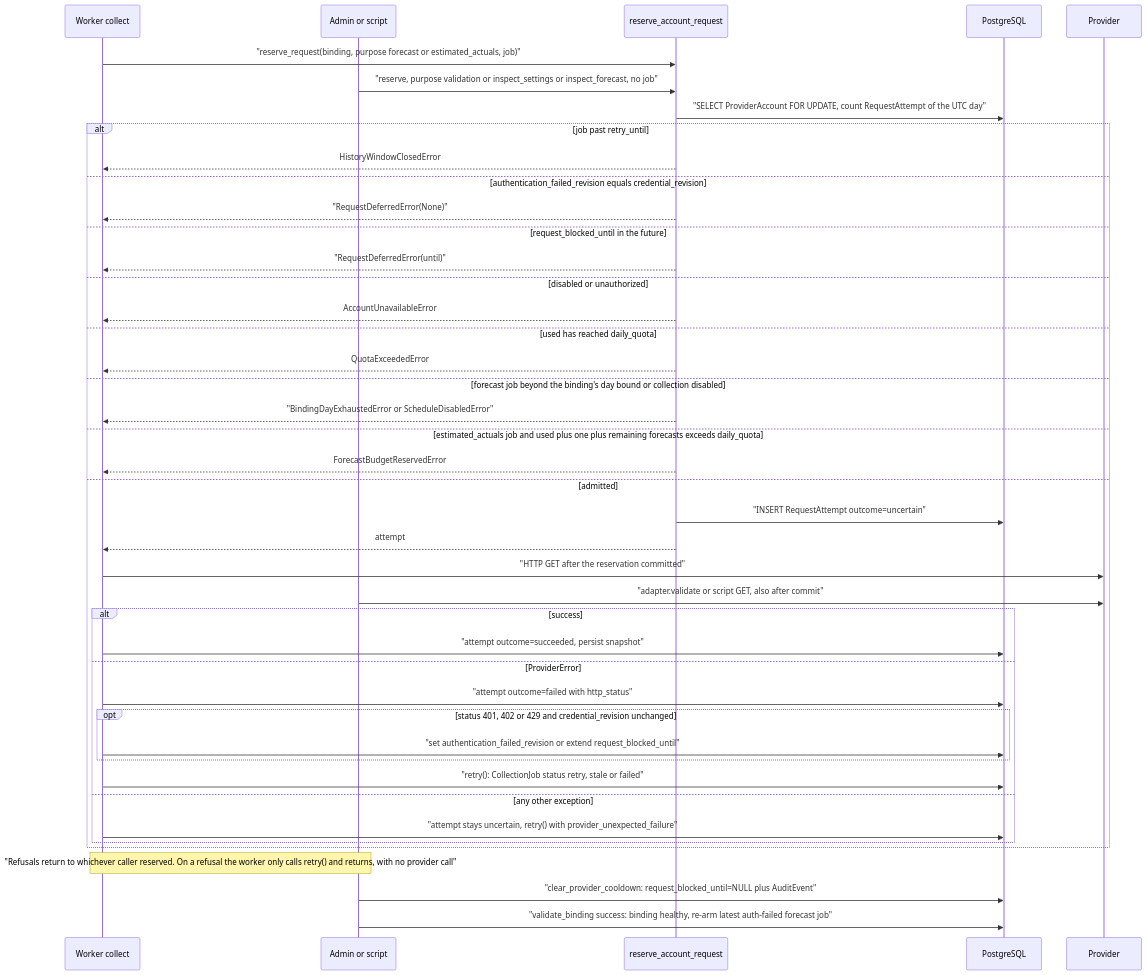
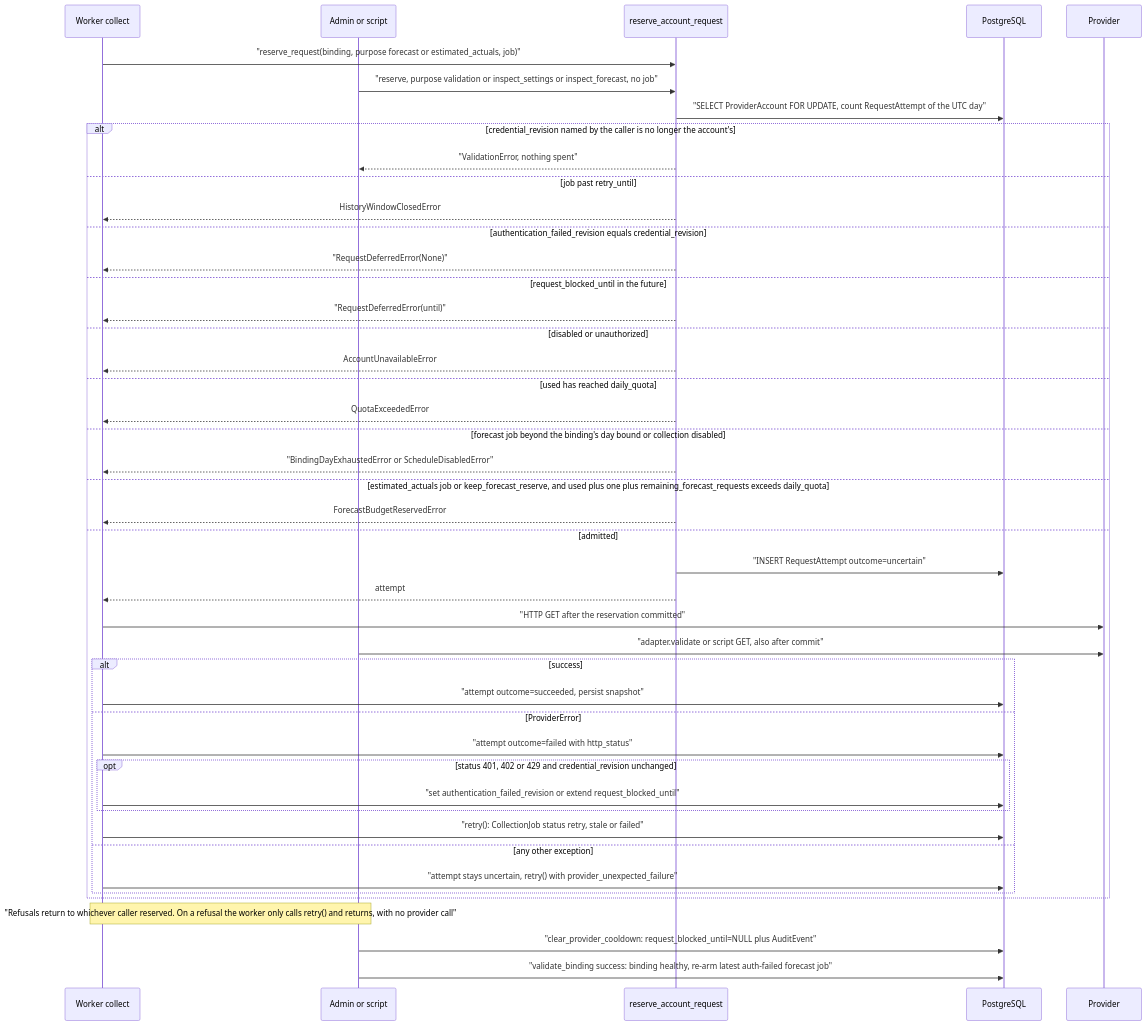
Before and after one commit to erkurtharun/pyracast: the diagram in docs/flows/provider-quota-and-backoff.md, drawn with Mermaid. The commit also changed other lines of this file and 52 other files, not shown here.

First line of the commit message:
Bring the flow pages in line with account erasure, typed plant values, on-demand loading, operations events and provider accounts

````diff
--- a/docs/flows/provider-quota-and-backoff.md
+++ b/docs/flows/provider-quota-and-backoff.md
@@ -17,45 +18,47 @@
 ```mermaid
 sequenceDiagram
     participant W as Worker collect
     participant A as Admin or script
     participant R as reserve_account_request
     participant DB as PostgreSQL
     participant S as Provider
     W->>R: "reserve_request(binding, purpose forecast or estimated_actuals, job)"
     A->>R: "reserve, purpose validation or inspect_settings or inspect_forecast, no job"
     R->>DB: "SELECT ProviderAccount FOR UPDATE, count RequestAttempt of the UTC day"
-    alt job past retry_until
+    alt credential_revision named by the caller is no longer the account's
+        R-->>A: "ValidationError, nothing spent"
+    else job past retry_until
         R-->>W: HistoryWindowClosedError
     else authentication_failed_revision equals credential_revision
         R-->>W: "RequestDeferredError(None)"
     else request_blocked_until in the future
         R-->>W: "RequestDeferredError(until)"
     else disabled or unauthorized
         R-->>W: AccountUnavailableError
     else used has reached daily_quota
         R-->>W: QuotaExceededError
     else forecast job beyond the binding's day bound or collection disabled
         R-->>W: "BindingDayExhaustedError or ScheduleDisabledError"
-    else estimated_actuals job and used plus one plus remaining forecasts exceeds daily_quota
+    else estimated_actuals job or keep_forecast_reserve, and used plus one plus remaining_forecast_requests exceeds daily_quota
         R-->>W: ForecastBudgetReservedError
     else admitted
         R->>DB: "INSERT RequestAttempt outcome=uncertain"
         R-->>W: attempt
         W->>S: "HTTP GET after the reservation committed"
         A->>S: "adapter.validate or script GET, also after commit"
         alt success
             W->>DB: "attempt outcome=succeeded, persist snapshot"
         else ProviderError
             W->>DB: "attempt outcome=failed with http_status"
             opt status 401, 402 or 429 and credential_revision unchanged
                 W->>DB: "set authentication_failed_revision or extend request_blocked_until"
             end
             W->>DB: "retry(): CollectionJob status retry, stale or failed"
         else any other exception
             W->>DB: "attempt stays uncertain, retry() with provider_unexpected_failure"
         end
     end
     Note over W,A: "Refusals return to whichever caller reserved. On a refusal the worker only calls retry() and returns, with no provider call"
     A->>DB: "clear_provider_cooldown: request_blocked_until=NULL plus AuditEvent"
     A->>DB: "validate_binding success: binding healthy, re-arm latest auth-failed forecast job"
 ```
````
